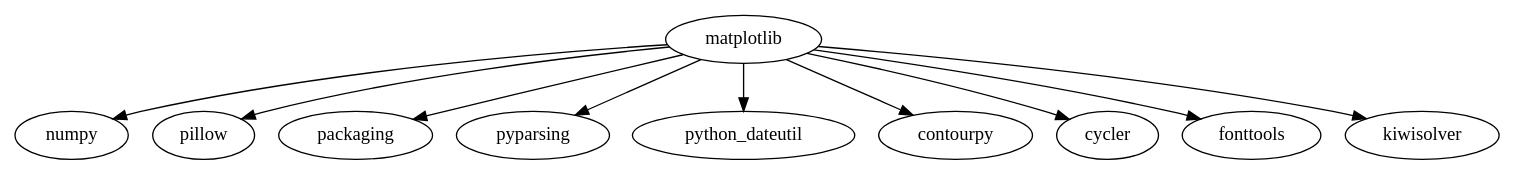
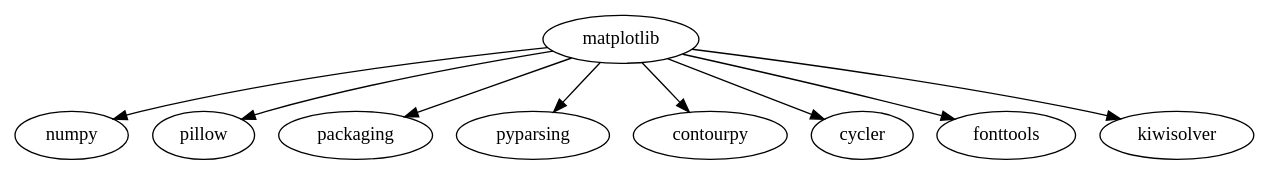
One commit to ila513030-rgb/Shenogin-I_IKBO-42-25 changed the first of 2 diagrams in practice_2.md. Above: the diagram before and after it, drawn with Graphviz. The commit also changed other lines of this file, not shown here.

Commit message:
Add actual task 3 Graphviz commands and output

````diff
--- a/practice_2.md
+++ b/practice_2.md
@@ -134,13 +134,5 @@
 ```dot
-digraph matplotlib {
-    matplotlib -> numpy;
-    matplotlib -> pillow;
-    matplotlib -> packaging;
-    matplotlib -> pyparsing;
-    matplotlib -> python_dateutil;
-    matplotlib -> contourpy;
-    matplotlib -> cycler;
-    matplotlib -> fonttools;
-    matplotlib -> kiwisolver;
+digraph G {
+    matplotlib -> {numpy pillow packaging pyparsing contourpy cycler fonttools kiwisolver};
 }
 ```
````
